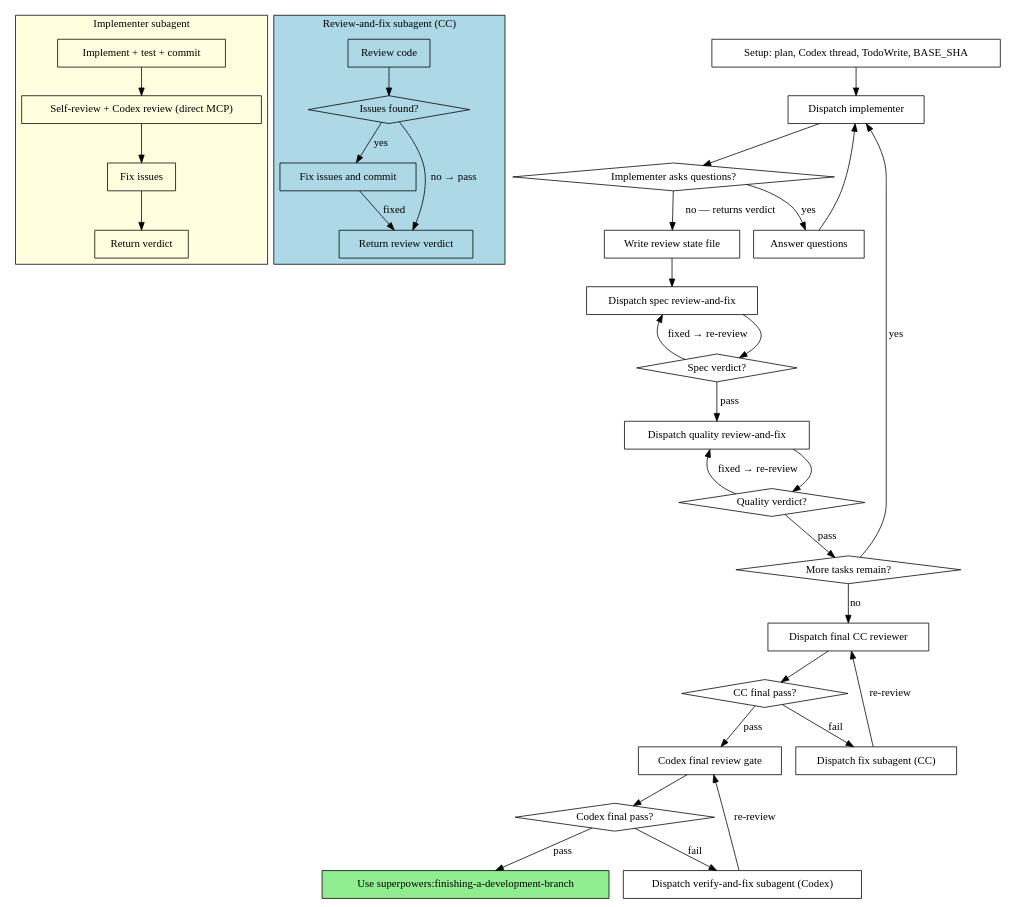
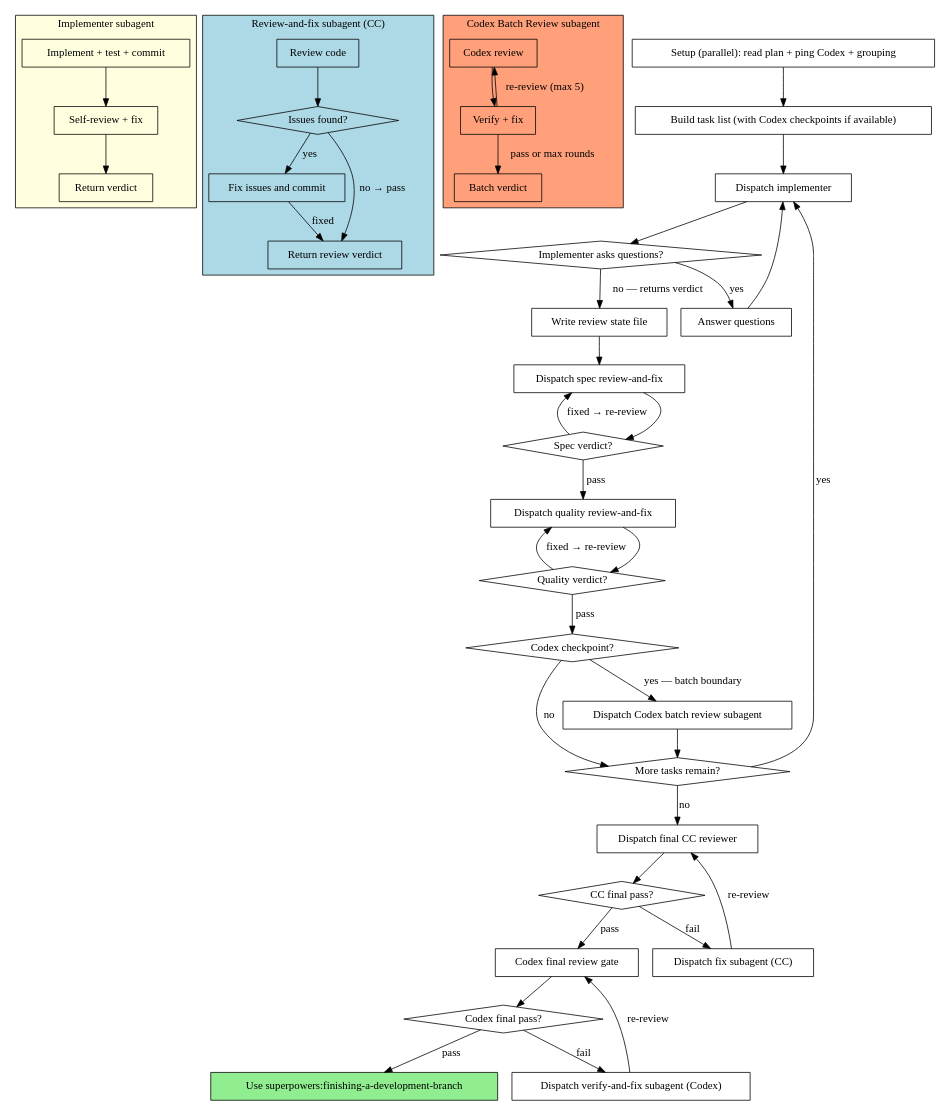
One commit to ebitoro/superpowers changed the second of 2 diagrams in skills/subagent-driven-development/SKILL.md. Above: the diagram before and after it, drawn with Graphviz. The commit also changed other lines of this file and 8 other files, not shown here.

First line of the commit message:
refactor(subagent-driven-development): replace per-task Codex review with batched checkpoints

```diff
--- a/skills/subagent-driven-development/SKILL.md
+++ b/skills/subagent-driven-development/SKILL.md
@@ -71,13 +132,11 @@
         style=filled;
         fillcolor=lightyellow;
         "Implement + test + commit" [shape=box];
-        "Self-review + Codex review (direct MCP)" [shape=box];
-        "Fix issues" [shape=box];
+        "Self-review + fix" [shape=box];
         "Return verdict" [shape=box];
 
-        "Implement + test + commit" -> "Self-review + Codex review (direct MCP)";
-        "Self-review + Codex review (direct MCP)" -> "Fix issues";
-        "Fix issues" -> "Return verdict";
+        "Implement + test + commit" -> "Self-review + fix";
+        "Self-review + fix" -> "Return verdict";
     }
 
     subgraph cluster_review_fix {
@@ -95,7 +154,21 @@
         "Fix issues and commit" -> "Return review verdict" [label="fixed"];
     }
 
-    "Setup: plan, Codex thread, TodoWrite, BASE_SHA" [shape=box];
+    subgraph cluster_codex_batch {
+        label="Codex Batch Review subagent";
+        style=filled;
+        fillcolor=lightsalmon;
+        "Codex review" [shape=box];
+        "Verify + fix" [shape=box];
+        "Batch verdict" [shape=box];
+
+        "Codex review" -> "Verify + fix";
+        "Verify + fix" -> "Codex review" [label="re-review (max 5)"];
+        "Verify + fix" -> "Batch verdict" [label="pass or max rounds"];
+    }
+
+    "Setup (parallel): read plan + ping Codex + grouping" [shape=box];
+    "Build task list (with Codex checkpoints if available)" [shape=box];
     "Dispatch implementer" [shape=box];
     "Implementer asks questions?" [shape=diamond];
     "Answer questions" [shape=box];
@@ -104,6 +177,8 @@
     "Spec verdict?" [shape=diamond];
     "Dispatch quality review-and-fix" [shape=box];
     "Quality verdict?" [shape=diamond];
+    "Codex checkpoint?" [shape=diamond];
+    "Dispatch Codex batch review subagent" [shape=box];
     "More tasks remain?" [shape=diamond];
     "Dispatch final CC reviewer" [shape=box];
     "CC final pass?" [shape=diamond];
@@ -113,7 +188,8 @@
     "Dispatch verify-and-fix subagent (Codex)" [shape=box];
     "Use superpowers:finishing-a-development-branch" [shape=box style=filled fillcolor=lightgreen];
 
-    "Setup: plan, Codex thread, TodoWrite, BASE_SHA" -> "Dispatch implementer";
+    "Setup (parallel): read plan + ping Codex + grouping" -> "Build task list (with Codex checkpoints if available)";
+    "Build task list (with Codex checkpoints if available)" -> "Dispatch implementer";
     "Dispatch implementer" -> "Implementer asks questions?";
     "Implementer asks questions?" -> "Answer questions" [label="yes"];
     "Answer questions" -> "Dispatch implementer";
@@ -123,8 +199,11 @@
     "Spec verdict?" -> "Dispatch quality review-and-fix" [label="pass"];
     "Spec verdict?" -> "Dispatch spec review-and-fix" [label="fixed → re-review"];
     "Dispatch quality review-and-fix" -> "Quality verdict?";
-    "Quality verdict?" -> "More tasks remain?" [label="pass"];
+    "Quality verdict?" -> "Codex checkpoint?" [label="pass"];
     "Quality verdict?" -> "Dispatch quality review-and-fix" [label="fixed → re-review"];
+    "Codex checkpoint?" -> "Dispatch Codex batch review subagent" [label="yes — batch boundary"];
+    "Codex checkpoint?" -> "More tasks remain?" [label="no"];
+    "Dispatch Codex batch review subagent" -> "More tasks remain?";
     "More tasks remain?" -> "Dispatch implementer" [label="yes"];
     "More tasks remain?" -> "Dispatch final CC reviewer" [label="no"];
     "Dispatch final CC reviewer" -> "CC final pass?";
```
